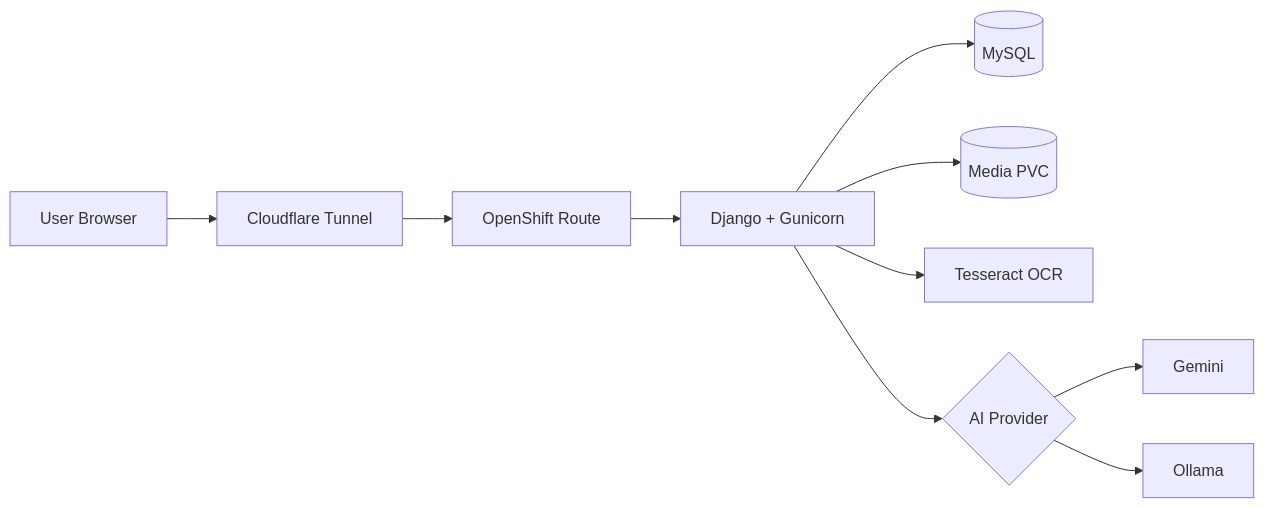
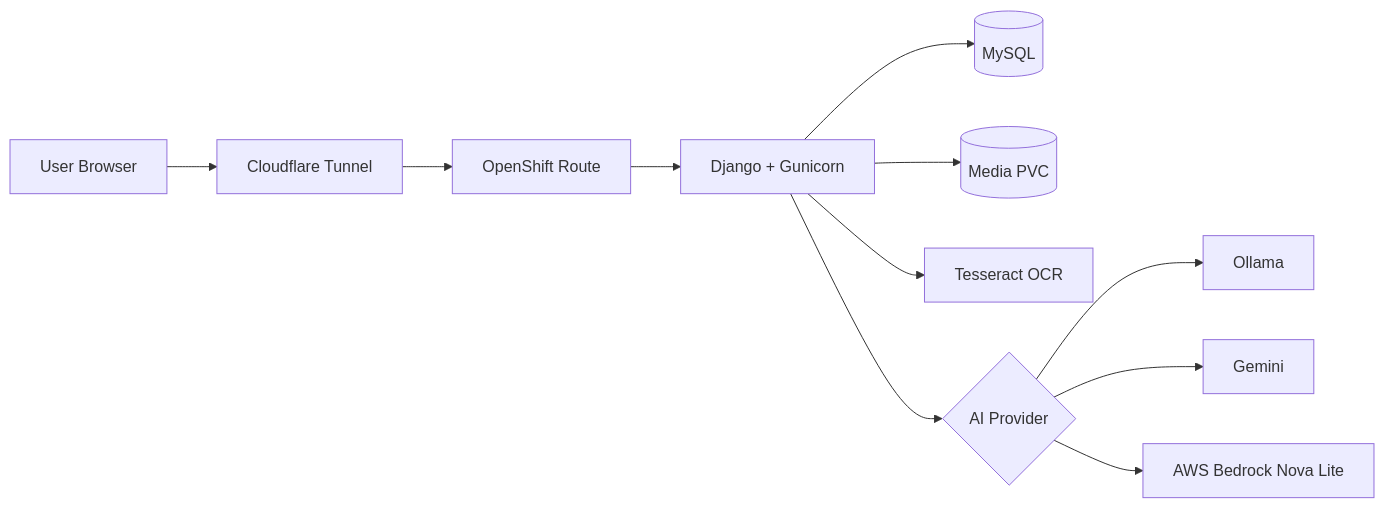
Before and after one commit to khaliqueaws-creator/document-management: the diagram in README.md, drawn with Mermaid. The commit also changed other lines of this file, not shown here.

````diff
--- a/README.md
+++ b/README.md
@@ -23,15 +23,16 @@
 ```mermaid
 flowchart LR
     Browser[User Browser] --> Cloudflare[Cloudflare Tunnel]
     Cloudflare --> OpenShift[OpenShift Route]
     OpenShift --> Django[Django + Gunicorn]
 
     Django --> MySQL[(MySQL)]
     Django --> Storage[(Media PVC)]
 
     Django --> OCR[Tesseract OCR]
 
     Django --> AI{AI Provider}
+    AI --> Ollama[Ollama]
     AI --> Gemini[Gemini]
-    AI --> Ollama[Ollama]
+    AI --> Bedrock[AWS Bedrock Nova Lite]
 ```
````
